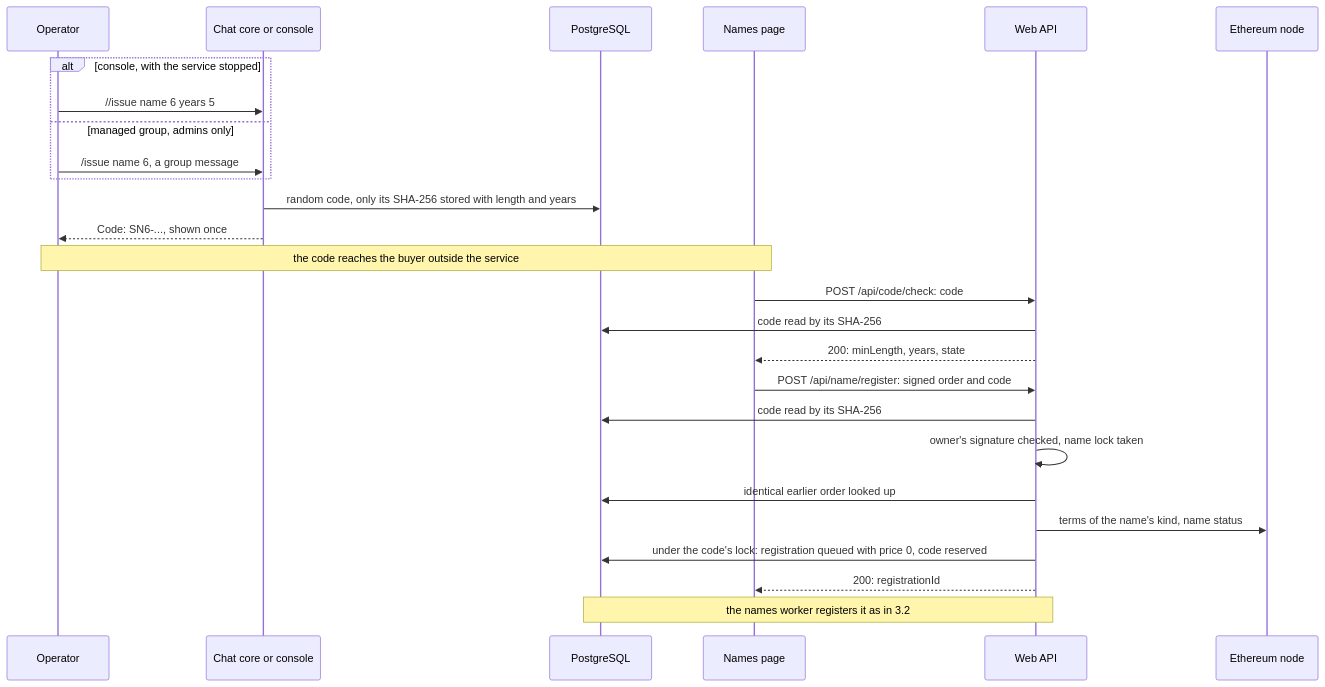
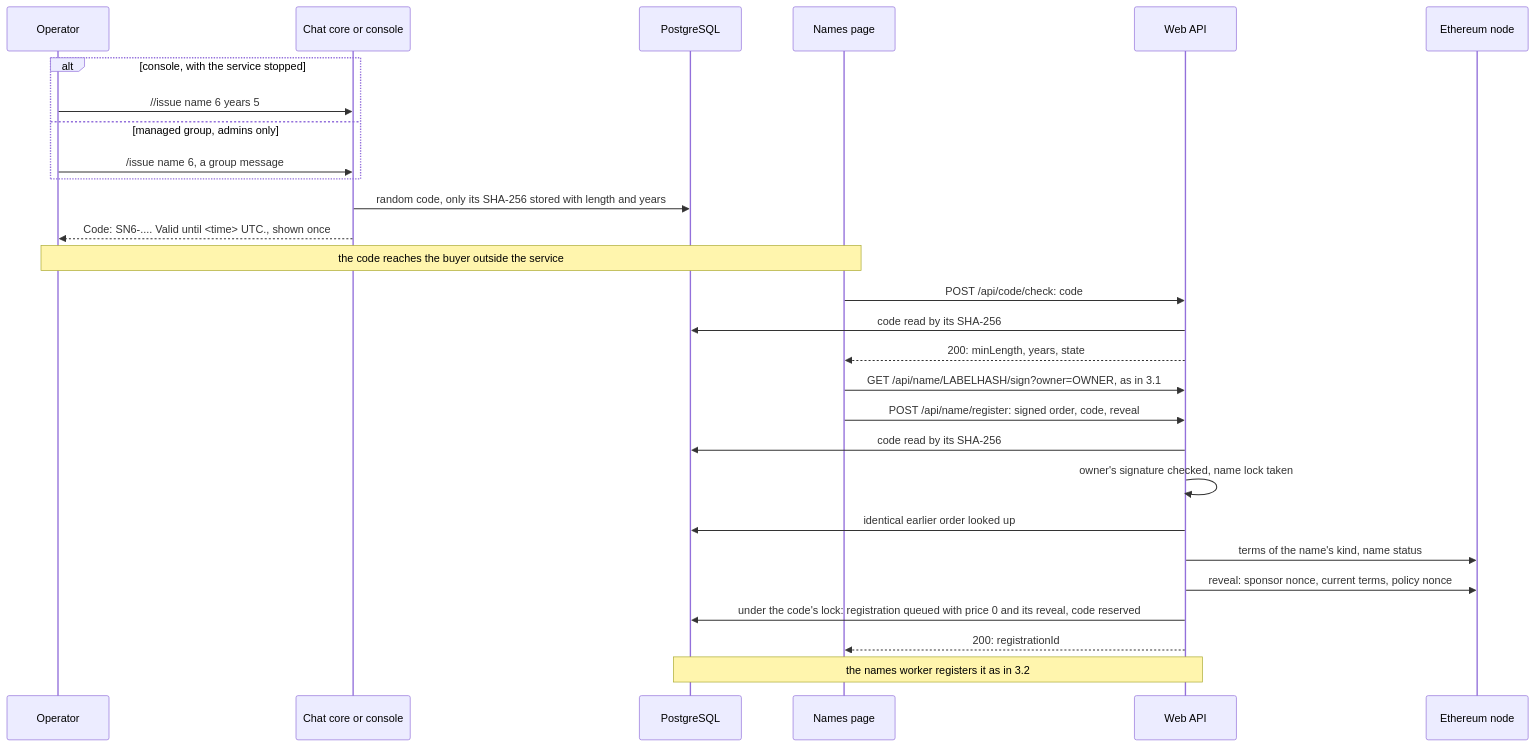
The fourth of 15 diagrams in apps/simplex-store-service/docs/names.md (simplex-chat/simplex-chat), drawn with Mermaid before and after one commit. The commit also changed other lines of this file and 207 other files, not shown here.

````diff
--- a/apps/simplex-store-service/docs/names.md
+++ b/apps/simplex-store-service/docs/names.md
@@ -249,28 +266,30 @@
 ```mermaid
 sequenceDiagram
   participant O as Operator
   participant C as Chat core or console
   participant D as PostgreSQL
   participant P as Names page
   participant W as Web API
   participant E as Ethereum node
   alt console, with the service stopped
     O->>C: //issue name 6 years 5
   else managed group, admins only
     O->>C: /issue name 6, a group message
   end
   C->>D: random code, only its SHA-256 stored with length and years
-  C-->>O: Code: SN6-..., shown once
+  C-->>O: Code: SN6-.... Valid until <time> UTC., shown once
   Note over O,P: the code reaches the buyer outside the service
   P->>W: POST /api/code/check: code
   W->>D: code read by its SHA-256
   W-->>P: 200: minLength, years, state
-  P->>W: POST /api/name/register: signed order and code
+  P->>W: GET /api/name/LABELHASH/sign?owner=OWNER, as in 3.1
+  P->>W: POST /api/name/register: signed order, code, reveal
   W->>D: code read by its SHA-256
   W->>W: owner's signature checked, name lock taken
   W->>D: identical earlier order looked up
   W->>E: terms of the name's kind, name status
-  W->>D: under the code's lock: registration queued with price 0, code reserved
+  W->>E: reveal: sponsor nonce, current terms, policy nonce
+  W->>D: under the code's lock: registration queued with price 0 and its reveal, code reserved
   W-->>P: 200: registrationId
   Note over W,D: the names worker registers it as in 3.2
 ```
````
